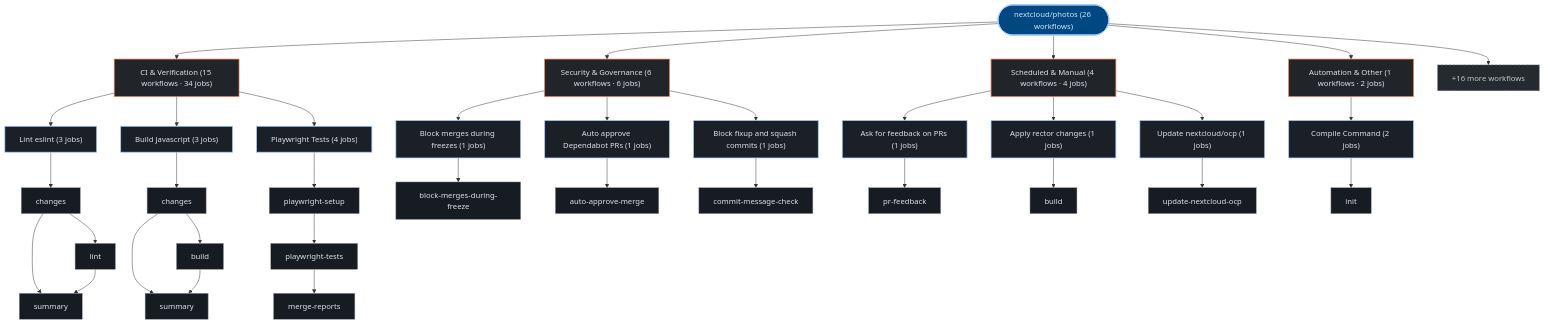
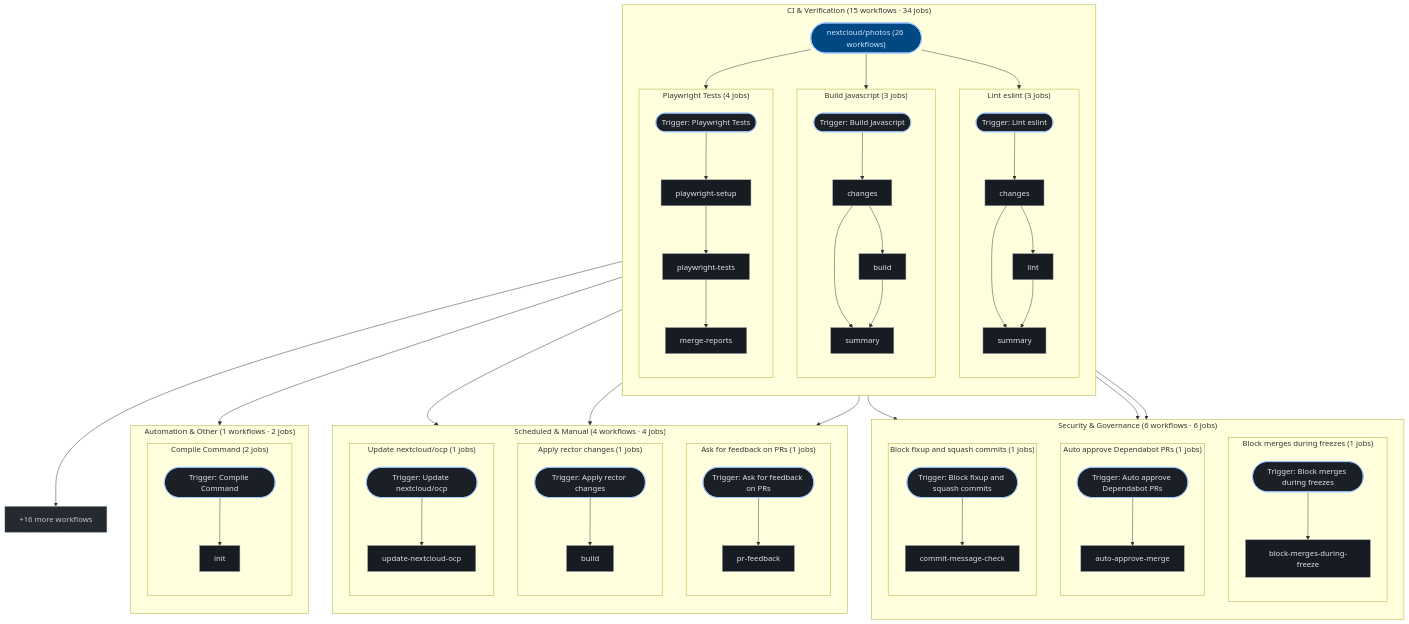
One commit to kumarshaz/atruss-code-atlas changed the third of 3 diagrams in exports/latest/reports/nextcloud-photos-report.md. Above: the diagram before and after it, drawn with Mermaid. The commit also changed 181 other files, not shown here.

````diff
--- a/exports/latest/reports/nextcloud-photos-report.md
+++ b/exports/latest/reports/nextcloud-photos-report.md
@@ -144,68 +144,102 @@
   classDef atlasAlert fill:#93000a,stroke:#ffb4ab,stroke-width:1.5px,color:#ffdad6
   classDef atlasMore fill:#252a31,stroke:#8d9199,stroke-dasharray:4 4,color:#c3c6cf
   pipeline_root(["nextcloud/photos (26 workflows)"]):::atlasRoot
-  grp_0_CI___Verification["CI & Verification (15 workflows · 34 jobs)"]:::atlasCategory
-  pipeline_root --> grp_0_CI___Verification
-  wf_6_Lint_eslint["Lint eslint (3 jobs)"]:::atlasWorkflow
-  grp_0_CI___Verification --> wf_6_Lint_eslint
-  job_6_changes["changes"]:::atlasJob
-  job_6_lint["lint"]:::atlasJob
-  job_6_summary["summary"]:::atlasJob
-  wf_6_Lint_eslint --> job_6_changes
-  job_6_changes --> job_6_lint
-  job_6_changes --> job_6_summary
-  job_6_lint --> job_6_summary
-  wf_13_Build_Javascript["Build Javascript (3 jobs)"]:::atlasWorkflow
-  grp_0_CI___Verification --> wf_13_Build_Javascript
-  job_13_changes["changes"]:::atlasJob
-  job_13_build["build"]:::atlasJob
-  job_13_summary["summary"]:::atlasJob
-  wf_13_Build_Javascript --> job_13_changes
-  job_13_changes --> job_13_build
-  job_13_changes --> job_13_summary
-  job_13_build --> job_13_summary
-  wf_18_Playwright_Tests["Playwright Tests (4 jobs)"]:::atlasWorkflow
-  grp_0_CI___Verification --> wf_18_Playwright_Tests
-  job_18_playwright_setup["playwright-setup"]:::atlasJob
-  job_18_playwright_tests["playwright-tests"]:::atlasJob
-  job_18_merge_reports["merge-reports"]:::atlasJob
-  wf_18_Playwright_Tests --> job_18_playwright_setup
-  job_18_playwright_setup --> job_18_playwright_tests
-  job_18_playwright_tests --> job_18_merge_reports
-  grp_1_Security___Governance["Security & Governance (6 workflows · 6 jobs)"]:::atlasCategory
-  pipeline_root --> grp_1_Security___Governance
-  wf_1_Block_merges_during_freezes["Block merges during freezes (1 jobs)"]:::atlasWorkflow
-  grp_1_Security___Governance --> wf_1_Block_merges_during_freezes
-  job_1_block_merges_during_freeze["block-merges-during-freeze"]:::atlasJob
-  wf_1_Block_merges_during_freezes --> job_1_block_merges_during_freeze
-  wf_4_Auto_approve_Dependabot_PRs["Auto approve Dependabot PRs (1 jobs)"]:::atlasWorkflow
-  grp_1_Security___Governance --> wf_4_Auto_approve_Dependabot_PRs
-  job_4_auto_approve_merge["auto-approve-merge"]:::atlasJob
-  wf_4_Auto_approve_Dependabot_PRs --> job_4_auto_approve_merge
-  wf_5_Block_fixup_and_squash_commits["Block fixup and squash commits (1 jobs)"]:::atlasWorkflow
-  grp_1_Security___Governance --> wf_5_Block_fixup_and_squash_commits
-  job_5_commit_message_check["commit-message-check"]:::atlasJob
-  wf_5_Block_fixup_and_squash_commits --> job_5_commit_message_check
-  grp_2_Scheduled___Manual["Scheduled & Manual (4 workflows · 4 jobs)"]:::atlasCategory
-  pipeline_root --> grp_2_Scheduled___Manual
-  wf_19_Ask_for_feedback_on_PRs["Ask for feedback on PRs (1 jobs)"]:::atlasWorkflow
-  grp_2_Scheduled___Manual --> wf_19_Ask_for_feedback_on_PRs
-  job_19_pr_feedback["pr-feedback"]:::atlasJob
-  wf_19_Ask_for_feedback_on_PRs --> job_19_pr_feedback
-  wf_21_Apply_rector_changes["Apply rector changes (1 jobs)"]:::atlasWorkflow
-  grp_2_Scheduled___Manual --> wf_21_Apply_rector_changes
-  job_21_build["build"]:::atlasJob
-  wf_21_Apply_rector_changes --> job_21_build
-  wf_24_Update_nextcloud_ocp["Update nextcloud/ocp (1 jobs)"]:::atlasWorkflow
-  grp_2_Scheduled___Manual --> wf_24_Update_nextcloud_ocp
-  job_24_update_nextcloud_ocp["update-nextcloud-ocp"]:::atlasJob
-  wf_24_Update_nextcloud_ocp --> job_24_update_nextcloud_ocp
-  grp_3_Automation___Other["Automation & Other (1 workflows · 2 jobs)"]:::atlasCategory
-  pipeline_root --> grp_3_Automation___Other
-  wf_3_Compile_Command["Compile Command (2 jobs)"]:::atlasWorkflow
-  grp_3_Automation___Other --> wf_3_Compile_Command
-  job_3_init["init"]:::atlasJob
-  wf_3_Compile_Command --> job_3_init
+  subgraph sg_grp_0_CI___Verification["CI & Verification (15 workflows · 34 jobs)"]
+    direction TB
+    subgraph sg_wf_6_Lint_eslint["Lint eslint (3 jobs)"]
+      direction TB
+      wf_6_Lint_eslint(["Trigger: Lint eslint"]):::atlasWorkflow
+      job_6_changes["changes"]:::atlasJob
+      job_6_lint["lint"]:::atlasJob
+      job_6_summary["summary"]:::atlasJob
+      wf_6_Lint_eslint --> job_6_changes
+      job_6_changes --> job_6_lint
+      job_6_changes --> job_6_summary
+      job_6_lint --> job_6_summary
+    end
+    pipeline_root --> wf_6_Lint_eslint
+    subgraph sg_wf_13_Build_Javascript["Build Javascript (3 jobs)"]
+      direction TB
+      wf_13_Build_Javascript(["Trigger: Build Javascript"]):::atlasWorkflow
+      job_13_changes["changes"]:::atlasJob
+      job_13_build["build"]:::atlasJob
+      job_13_summary["summary"]:::atlasJob
+      wf_13_Build_Javascript --> job_13_changes
+      job_13_changes --> job_13_build
+      job_13_changes --> job_13_summary
+      job_13_build --> job_13_summary
+    end
+    pipeline_root --> wf_13_Build_Javascript
+    subgraph sg_wf_18_Playwright_Tests["Playwright Tests (4 jobs)"]
+      direction TB
+      wf_18_Playwright_Tests(["Trigger: Playwright Tests"]):::atlasWorkflow
+      job_18_playwright_setup["playwright-setup"]:::atlasJob
+      job_18_playwright_tests["playwright-tests"]:::atlasJob
+      job_18_merge_reports["merge-reports"]:::atlasJob
+      wf_18_Playwright_Tests --> job_18_playwright_setup
+      job_18_playwright_setup --> job_18_playwright_tests
+      job_18_playwright_tests --> job_18_merge_reports
+    end
+    pipeline_root --> wf_18_Playwright_Tests
+  end
+  subgraph sg_grp_1_Security___Governance["Security & Governance (6 workflows · 6 jobs)"]
+    direction TB
+    subgraph sg_wf_1_Block_merges_during_freezes["Block merges during freezes (1 jobs)"]
+      direction TB
+      wf_1_Block_merges_during_freezes(["Trigger: Block merges during freezes"]):::atlasWorkflow
+      job_1_block_merges_during_freeze["block-merges-during-freeze"]:::atlasJob
+      wf_1_Block_merges_during_freezes --> job_1_block_merges_during_freeze
+    end
+    pipeline_root --> wf_1_Block_merges_during_freezes
+    subgraph sg_wf_4_Auto_approve_Dependabot_PRs["Auto approve Dependabot PRs (1 jobs)"]
+      direction TB
+      wf_4_Auto_approve_Dependabot_PRs(["Trigger: Auto approve Dependabot PRs"]):::atlasWorkflow
+      job_4_auto_approve_merge["auto-approve-merge"]:::atlasJob
+      wf_4_Auto_approve_Dependabot_PRs --> job_4_auto_approve_merge
+    end
+    pipeline_root --> wf_4_Auto_approve_Dependabot_PRs
+    subgraph sg_wf_5_Block_fixup_and_squash_commits["Block fixup and squash commits (1 jobs)"]
+      direction TB
+      wf_5_Block_fixup_and_squash_commits(["Trigger: Block fixup and squash commits"]):::atlasWorkflow
+      job_5_commit_message_check["commit-message-check"]:::atlasJob
+      wf_5_Block_fixup_and_squash_commits --> job_5_commit_message_check
+    end
+    pipeline_root --> wf_5_Block_fixup_and_squash_commits
+  end
+  subgraph sg_grp_2_Scheduled___Manual["Scheduled & Manual (4 workflows · 4 jobs)"]
+    direction TB
+    subgraph sg_wf_19_Ask_for_feedback_on_PRs["Ask for feedback on PRs (1 jobs)"]
+      direction TB
+      wf_19_Ask_for_feedback_on_PRs(["Trigger: Ask for feedback on PRs"]):::atlasWorkflow
+      job_19_pr_feedback["pr-feedback"]:::atlasJob
+      wf_19_Ask_for_feedback_on_PRs --> job_19_pr_feedback
+    end
+    pipeline_root --> wf_19_Ask_for_feedback_on_PRs
+    subgraph sg_wf_21_Apply_rector_changes["Apply rector changes (1 jobs)"]
+      direction TB
+      wf_21_Apply_rector_changes(["Trigger: Apply rector changes"]):::atlasWorkflow
+      job_21_build["build"]:::atlasJob
+      wf_21_Apply_rector_changes --> job_21_build
+    end
+    pipeline_root --> wf_21_Apply_rector_changes
+    subgraph sg_wf_24_Update_nextcloud_ocp["Update nextcloud/ocp (1 jobs)"]
+      direction TB
+      wf_24_Update_nextcloud_ocp(["Trigger: Update nextcloud/ocp"]):::atlasWorkflow
+      job_24_update_nextcloud_ocp["update-nextcloud-ocp"]:::atlasJob
+      wf_24_Update_nextcloud_ocp --> job_24_update_nextcloud_ocp
+    end
+    pipeline_root --> wf_24_Update_nextcloud_ocp
+  end
+  subgraph sg_grp_3_Automation___Other["Automation & Other (1 workflows · 2 jobs)"]
+    direction TB
+    subgraph sg_wf_3_Compile_Command["Compile Command (2 jobs)"]
+      direction TB
+      wf_3_Compile_Command(["Trigger: Compile Command"]):::atlasWorkflow
+      job_3_init["init"]:::atlasJob
+      wf_3_Compile_Command --> job_3_init
+    end
+    pipeline_root --> wf_3_Compile_Command
+  end
   wf_more["+16 more workflows"]:::atlasMore
   pipeline_root --> wf_more
 ```
````
